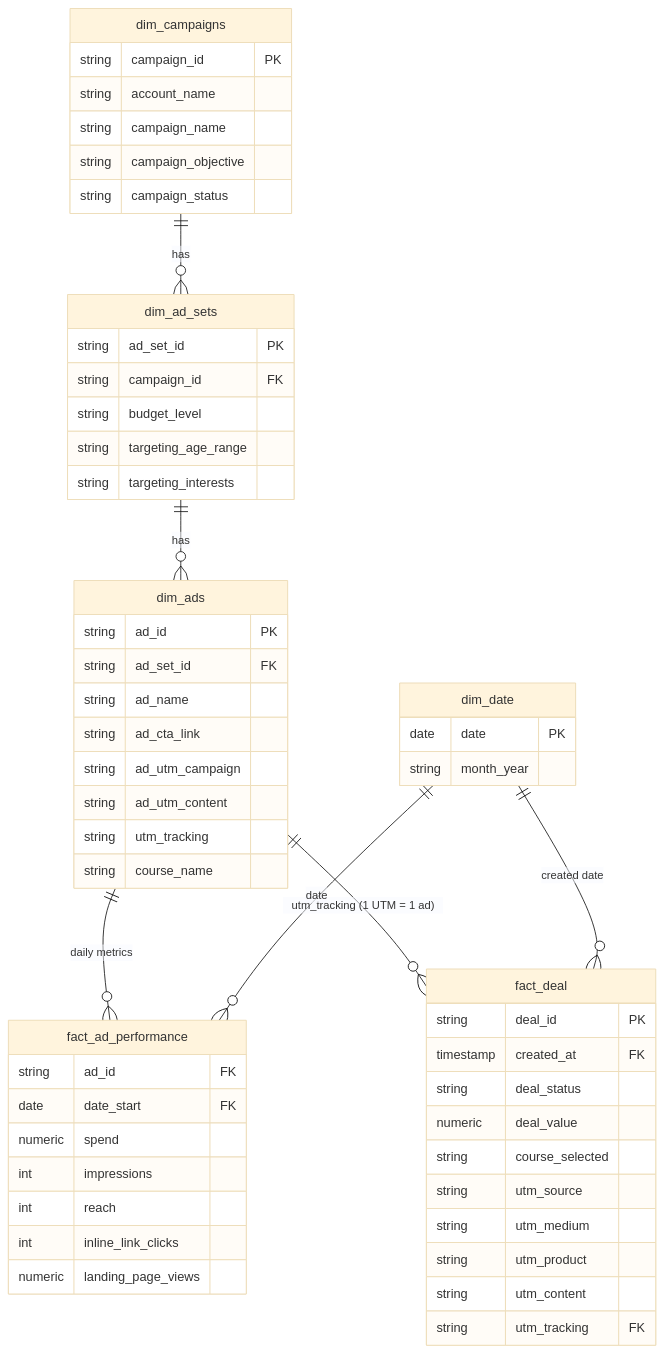
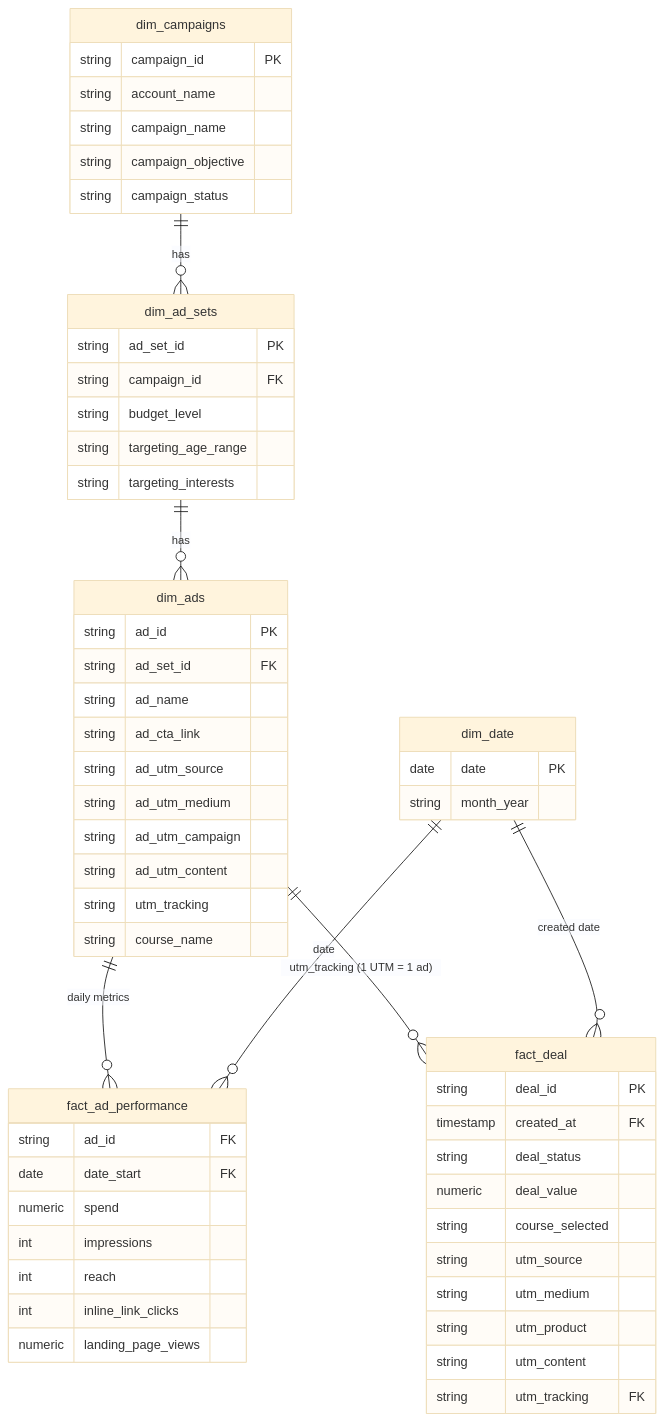
One commit to tuhoang3112/fb-ads-lead-attribution changed the second of 2 diagrams in README.md. Above: the diagram before and after it, drawn with Mermaid (base theme).

Commit message:
Model diagram: list all four UTM columns of dim_ads
Claude-Session: https://claude.ai/code/session_01FE233U4YTNJntBW99dBEpw

````diff
--- a/README.md
+++ b/README.md
@@ -111,59 +111,61 @@
 ```mermaid
 erDiagram
   dim_campaigns ||--o{ dim_ad_sets : "has"
   dim_ad_sets ||--o{ dim_ads : "has"
   dim_ads ||--o{ fact_ad_performance : "daily metrics"
   dim_ads ||--o{ fact_deal : "utm_tracking (1 UTM = 1 ad)"
   dim_date ||--o{ fact_ad_performance : "date"
   dim_date ||--o{ fact_deal : "created date"
 
   dim_campaigns {
     string campaign_id PK
     string account_name
     string campaign_name
     string campaign_objective
     string campaign_status
   }
   dim_ad_sets {
     string ad_set_id PK
     string campaign_id FK
     string budget_level
     string targeting_age_range
     string targeting_interests
   }
   dim_ads {
     string ad_id PK
     string ad_set_id FK
     string ad_name
     string ad_cta_link
+    string ad_utm_source
+    string ad_utm_medium
     string ad_utm_campaign
     string ad_utm_content
     string utm_tracking
     string course_name
   }
   fact_ad_performance {
     string ad_id FK
     date date_start FK
     numeric spend
     int impressions
     int reach
     int inline_link_clicks
     numeric landing_page_views
   }
   fact_deal {
     string deal_id PK
     timestamp created_at FK
     string deal_status
     numeric deal_value
     string course_selected
     string utm_source
     string utm_medium
     string utm_product
     string utm_content
     string utm_tracking FK
   }
   dim_date {
     date date PK
     string month_year
   }
 ```
````
